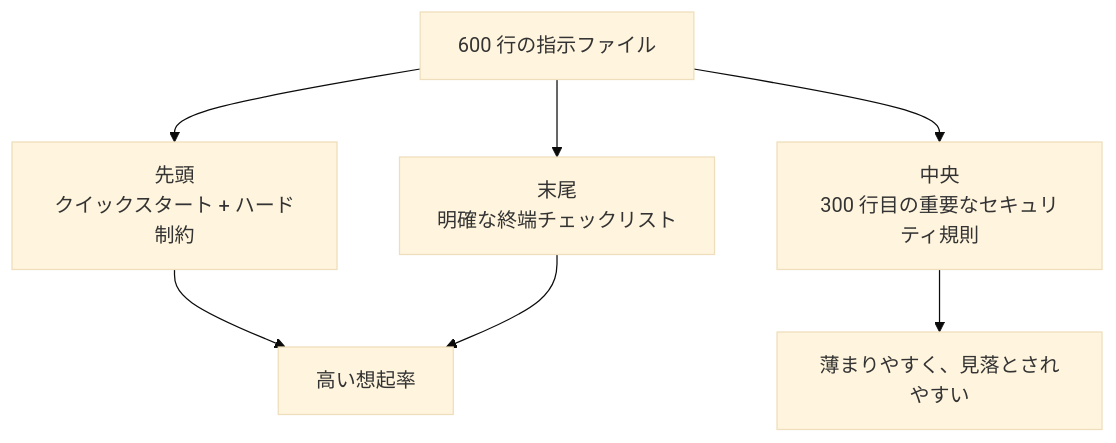
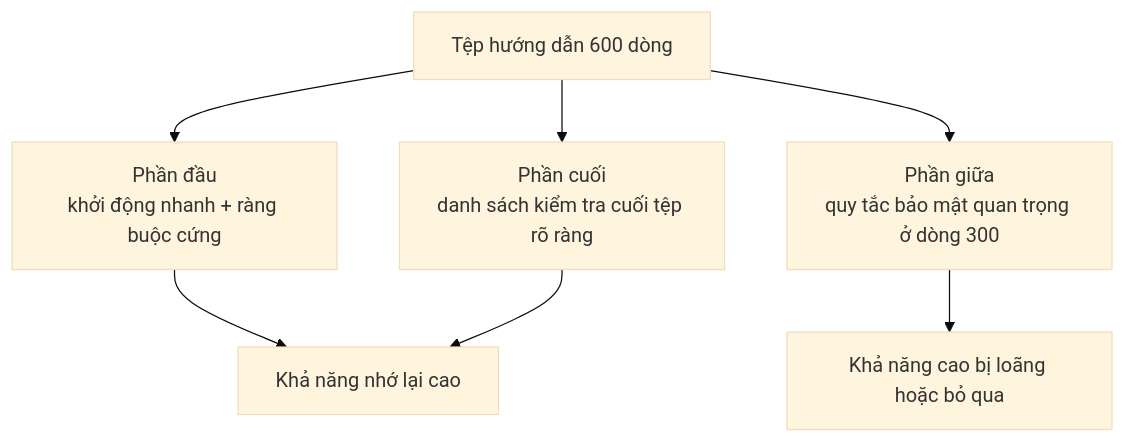
Before and after one commit to mkusaka/learn-harness-engineering: the second of 2 diagrams in docs/vi/lectures/lecture-04-why-one-giant-instruction-file-fails/index.md, drawn with Mermaid (base theme). The commit also changed other lines of this file and 684 other files, not shown here.

````diff
--- a/docs/vi/lectures/lecture-04-why-one-giant-instruction-file-fails/index.md
+++ b/docs/vi/lectures/lecture-04-why-one-giant-instruction-file-fails/index.md
@@ -48,9 +48,9 @@
 ```mermaid
 flowchart TB
-    File["600 行の指示ファイル"] --> Top["先頭<br/>クイックスタート + ハード制約"]
-    File --> Mid["中央<br/>300 行目の重要なセキュリティ規則"]
-    File --> Bot["末尾<br/>明確な終端チェックリスト"]
-    Top --> Seen["高い想起率"]
+    File["Tệp hướng dẫn 600 dòng"] --> Top["Phần đầu<br/>khởi động nhanh + ràng buộc cứng"]
+    File --> Mid["Phần giữa<br/>quy tắc bảo mật quan trọng ở dòng 300"]
+    File --> Bot["Phần cuối<br/>danh sách kiểm tra cuối tệp rõ ràng"]
+    Top --> Seen["Khả năng nhớ lại cao"]
     Bot --> Seen
-    Mid --> Missed["薄まりやすく、見落とされやすい"]
+    Mid --> Missed["Khả năng cao bị loãng hoặc bỏ qua"]
 ```
````
